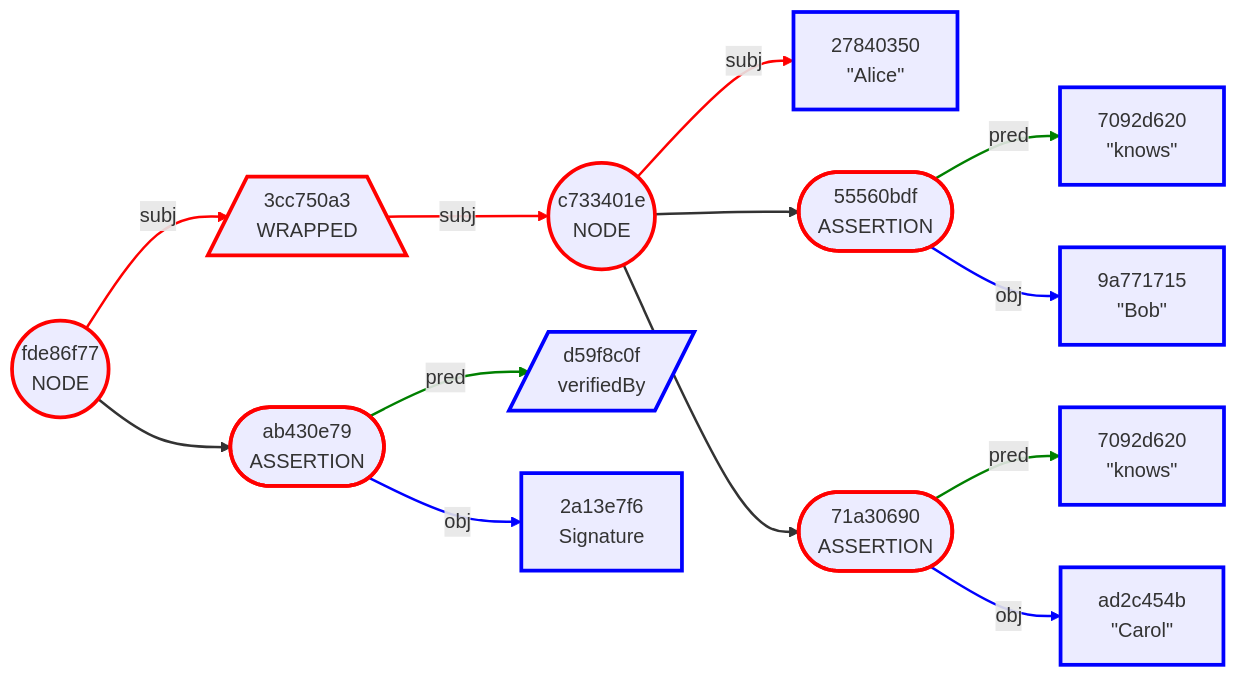
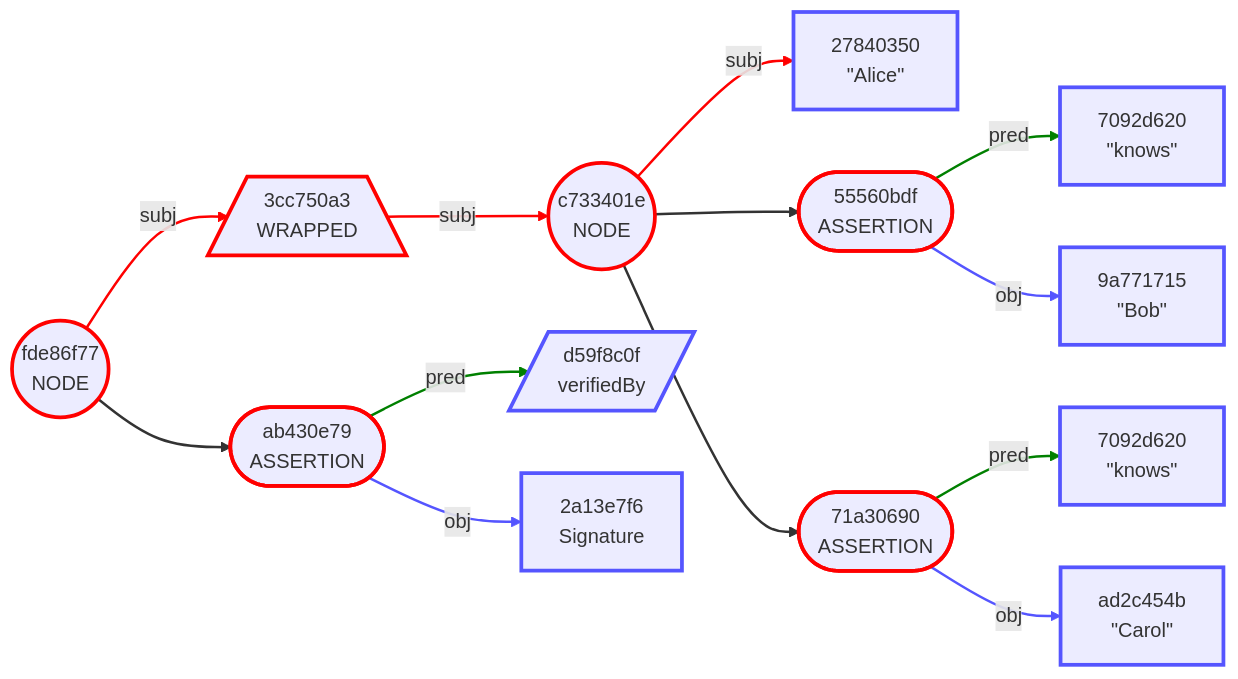
The eighth of 12 diagrams in Docs/04-MERMAID-OUTPUT.md (BlockchainCommons/BCSwiftSecureComponents), drawn with Mermaid before and after one commit. The commit also changed other lines of this file and 1 other file, not shown here.

Commit message:
Refined blue for Mermaid output.

````diff
--- a/Docs/04-MERMAID-OUTPUT.md
+++ b/Docs/04-MERMAID-OUTPUT.md
@@ -279,53 +279,53 @@
 ```mermaid
 graph LR
     1(("fde86f77<br/>NODE"))
     2[/"3cc750a3<br/>WRAPPED"\]
     3(("c733401e<br/>NODE"))
     4["27840350<br/>#quot;Alice#quot;"]
     5(["55560bdf<br/>ASSERTION"])
     6["7092d620<br/>#quot;knows#quot;"]
     7["9a771715<br/>#quot;Bob#quot;"]
     8(["71a30690<br/>ASSERTION"])
     9["7092d620<br/>#quot;knows#quot;"]
     10["ad2c454b<br/>#quot;Carol#quot;"]
     11(["ab430e79<br/>ASSERTION"])
     12[/"d59f8c0f<br/>verifiedBy"/]
     13["2a13e7f6<br/>Signature"]
     1 -->|subj| 2
     2 -->|subj| 3
     3 -->|subj| 4
     3 --> 5
     5 -->|pred| 6
     5 -->|obj| 7
     3 --> 8
     8 -->|pred| 9
     8 -->|obj| 10
     1 --> 11
     11 -->|pred| 12
     11 -->|obj| 13
     style 1 stroke:red,stroke-width:3.0px
     style 2 stroke:red,stroke-width:3.0px
     style 3 stroke:red,stroke-width:3.0px
-    style 4 stroke:blue,stroke-width:3.0px
+    style 4 stroke:#55f,stroke-width:3.0px
     style 5 stroke:red,stroke-width:3.0px
-    style 6 stroke:blue,stroke-width:3.0px
-    style 7 stroke:blue,stroke-width:3.0px
+    style 6 stroke:#55f,stroke-width:3.0px
+    style 7 stroke:#55f,stroke-width:3.0px
     style 8 stroke:red,stroke-width:3.0px
-    style 9 stroke:blue,stroke-width:3.0px
-    style 10 stroke:blue,stroke-width:3.0px
+    style 9 stroke:#55f,stroke-width:3.0px
+    style 10 stroke:#55f,stroke-width:3.0px
     style 11 stroke:red,stroke-width:3.0px
-    style 12 stroke:blue,stroke-width:3.0px
-    style 13 stroke:blue,stroke-width:3.0px
+    style 12 stroke:#55f,stroke-width:3.0px
+    style 13 stroke:#55f,stroke-width:3.0px
     linkStyle 0 stroke:red,stroke-width:2.0px
     linkStyle 1 stroke:red,stroke-width:2.0px
     linkStyle 2 stroke:red,stroke-width:2.0px
     linkStyle 3 stroke-width:2.0px
     linkStyle 4 stroke:green,stroke-width:2.0px
-    linkStyle 5 stroke:blue,stroke-width:2.0px
+    linkStyle 5 stroke:#55f,stroke-width:2.0px
     linkStyle 6 stroke-width:2.0px
     linkStyle 7 stroke:green,stroke-width:2.0px
-    linkStyle 8 stroke:blue,stroke-width:2.0px
+    linkStyle 8 stroke:#55f,stroke-width:2.0px
     linkStyle 9 stroke-width:2.0px
     linkStyle 10 stroke:green,stroke-width:2.0px
-    linkStyle 11 stroke:blue,stroke-width:2.0px
+    linkStyle 11 stroke:#55f,stroke-width:2.0px
 ```
````
